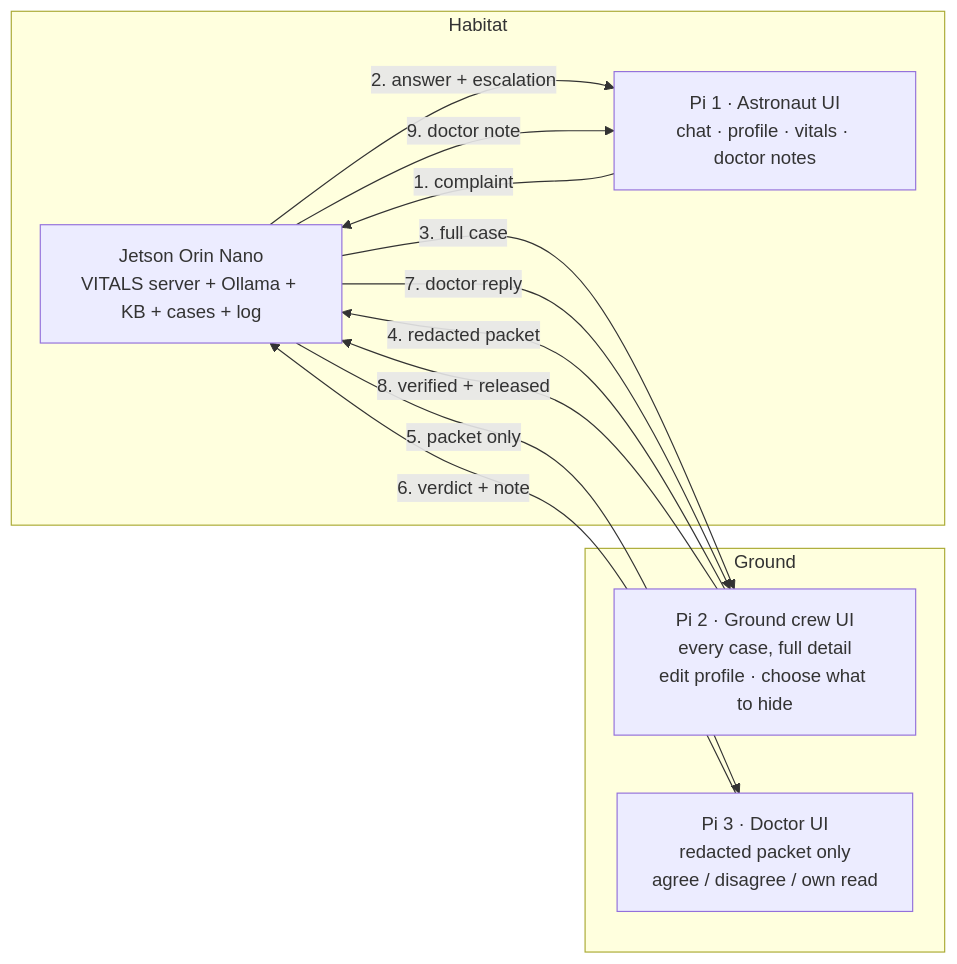
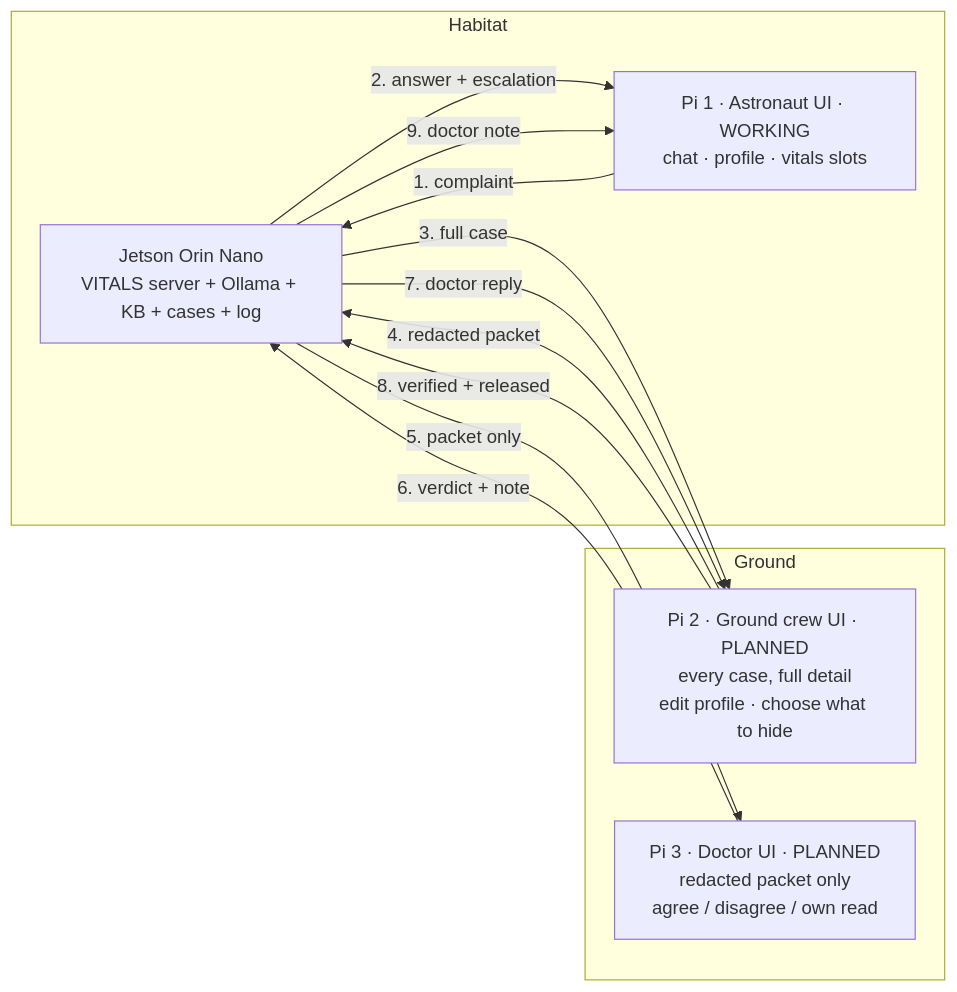
The fourth of 4 diagrams in pdr/07_functional_diagrams.md (Blackphenixlord/vitals-pdr), drawn with Mermaid before and after one commit. The commit also changed other lines of this file and 27 other files, not shown here.

First line of the commit message:
Astronaut screen only; everything else shown as planned

````diff
--- a/pdr/07_functional_diagrams.md
+++ b/pdr/07_functional_diagrams.md
@@ -68,20 +70,20 @@
 ```mermaid
 flowchart LR
     subgraph Habitat
       J[Jetson Orin Nano<br/>VITALS server + Ollama + KB + cases + log]
-      P1[Pi 1 · Astronaut UI<br/>chat · profile · vitals · doctor notes]
+      P1[Pi 1 · Astronaut UI · WORKING<br/>chat · profile · vitals slots]
     end
     subgraph Ground
-      P2[Pi 2 · Ground crew UI<br/>every case, full detail<br/>edit profile · choose what to hide]
-      P3[Pi 3 · Doctor UI<br/>redacted packet only<br/>agree / disagree / own read]
+      P2[Pi 2 · Ground crew UI · PLANNED<br/>every case, full detail<br/>edit profile · choose what to hide]
+      P3[Pi 3 · Doctor UI · PLANNED<br/>redacted packet only<br/>agree / disagree / own read]
     end
     P1 -- 1. complaint --> J
     J -- 2. answer + escalation --> P1
     J -- 3. full case --> P2
     P2 -- 4. redacted packet --> J
     J -- 5. packet only --> P3
     P3 -- 6. verdict + note --> J
     J -- 7. doctor reply --> P2
     P2 -- 8. verified + released --> J
     J -- 9. doctor note --> P1
 ```
````
